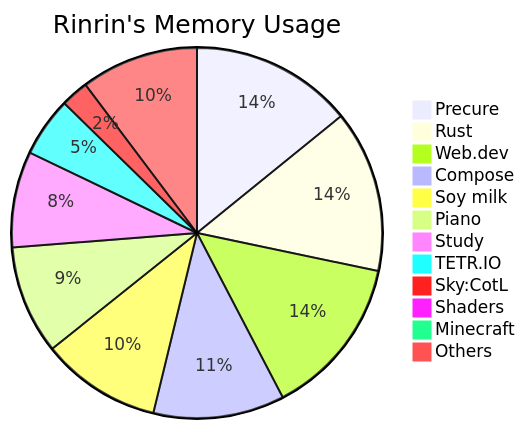
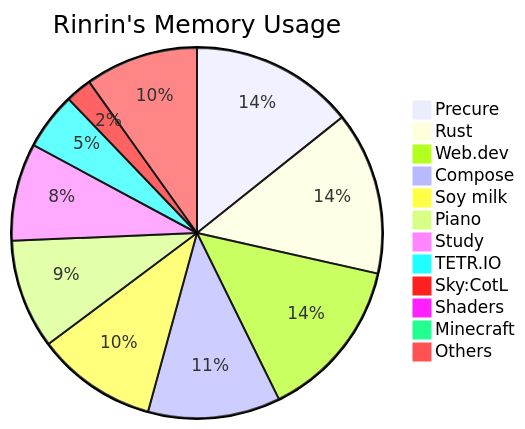
The diagram in README.md (Rinrin0413/Rinrin0413), drawn with Mermaid before and after one commit.

Commit message:
🛠 Update: Rinrin's Memory Usage

````diff
--- a/README.md
+++ b/README.md
@@ -77,15 +77,15 @@
 ```mermaid
 pie title Rinrin's Memory Usage
-    "Precure": 586
-    "Rust": 586
-    "Web.dev": 582
-    "Compose": 474
-    "Soy milk": 434
-    "Piano": 393
-    "Study": 347
-    "TETR.IO": 215
-    "Sky:CotL": 100
+    "Precure": 585
+    "Rust": 583
+    "Web.dev": 581
+    "Compose": 473
+    "Soy milk": 431
+    "Piano": 391
+    "Study": 349
+    "TETR.IO": 204
+    "Sky:CotL": 94
     "Shaders": 30
     "Minecraft": 30
-    "Others": 425
+    "Others": 404
 ```
````
